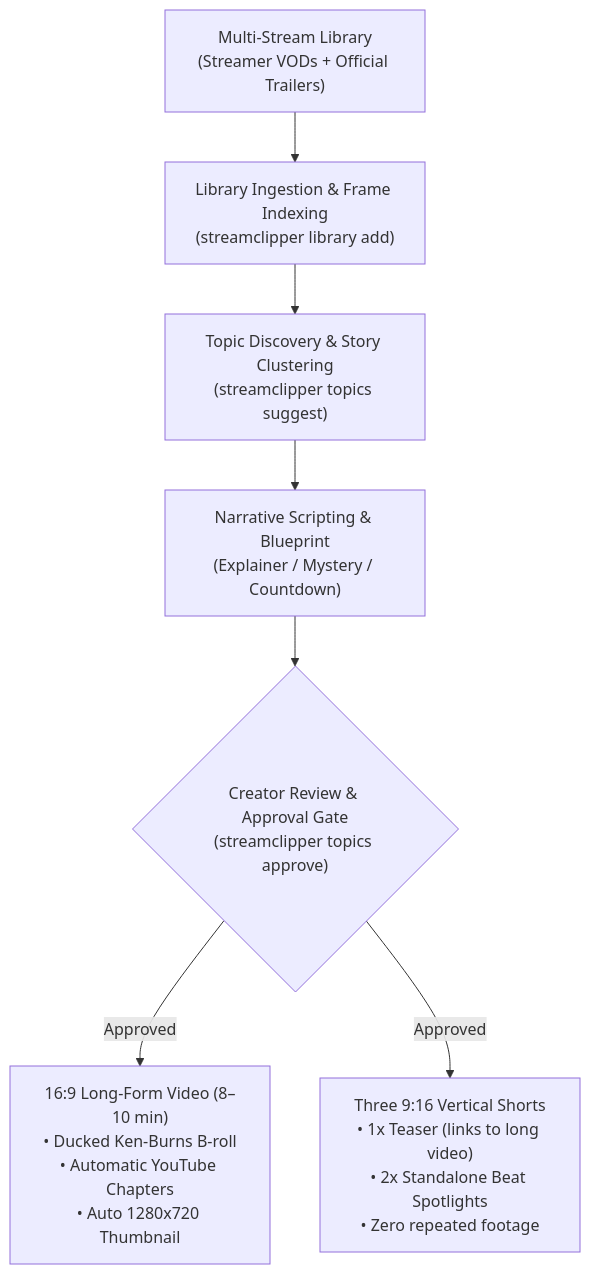
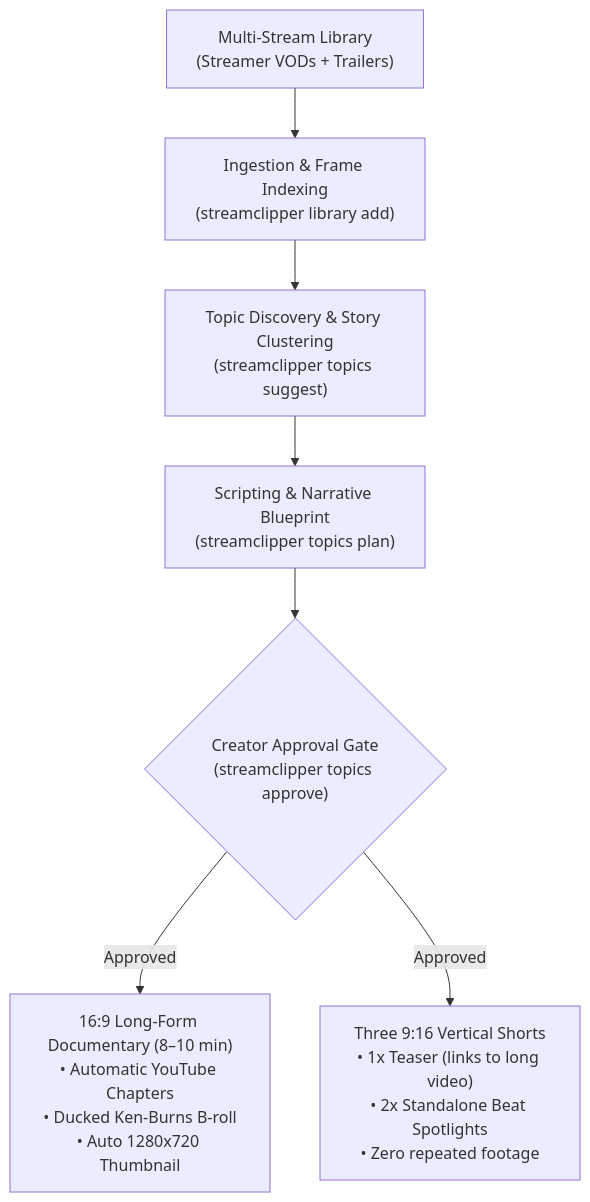
Before and after one commit to PrakashD2003/Clipper: the fourth of 4 diagrams in README.md, drawn with Mermaid. The commit also changed other lines of this file, not shown here.

````diff
--- a/README.md
+++ b/README.md
@@ -189,10 +197,10 @@
 ```mermaid
 flowchart TD
-    Sources["Multi-Stream Library<br/>(Streamer VODs + Official Trailers)"] --> Ingest["Library Ingestion & Frame Indexing<br/>(streamclipper library add)"]
+    Sources["Multi-Stream Library<br/>(Streamer VODs + Trailers)"] --> Ingest["Ingestion & Frame Indexing<br/>(streamclipper library add)"]
     Ingest --> Cluster["Topic Discovery & Story Clustering<br/>(streamclipper topics suggest)"]
-    Cluster --> Plan["Narrative Scripting & Blueprint<br/>(Explainer / Mystery / Countdown)"]
-    Plan --> Gate{"Creator Review & Approval Gate<br/>(streamclipper topics approve)"}
-    
-    Gate -->|Approved| RenderLong["16:9 Long-Form Video (8&ndash;10 min)<br/>&bull; Ducked Ken-Burns B-roll<br/>&bull; Automatic YouTube Chapters<br/>&bull; Auto 1280x720 Thumbnail"]
+    Cluster --> Plan["Scripting & Narrative Blueprint<br/>(streamclipper topics plan)"]
+    Plan --> Gate{"Creator Approval Gate<br/>(streamclipper topics approve)"}
+
+    Gate -->|Approved| RenderLong["16:9 Long-Form Documentary (8&ndash;10 min)<br/>&bull; Automatic YouTube Chapters<br/>&bull; Ducked Ken-Burns B-roll<br/>&bull; Auto 1280x720 Thumbnail"]
     Gate -->|Approved| RenderShorts["Three 9:16 Vertical Shorts<br/>&bull; 1x Teaser (links to long video)<br/>&bull; 2x Standalone Beat Spotlights<br/>&bull; Zero repeated footage"]
 ```
````
